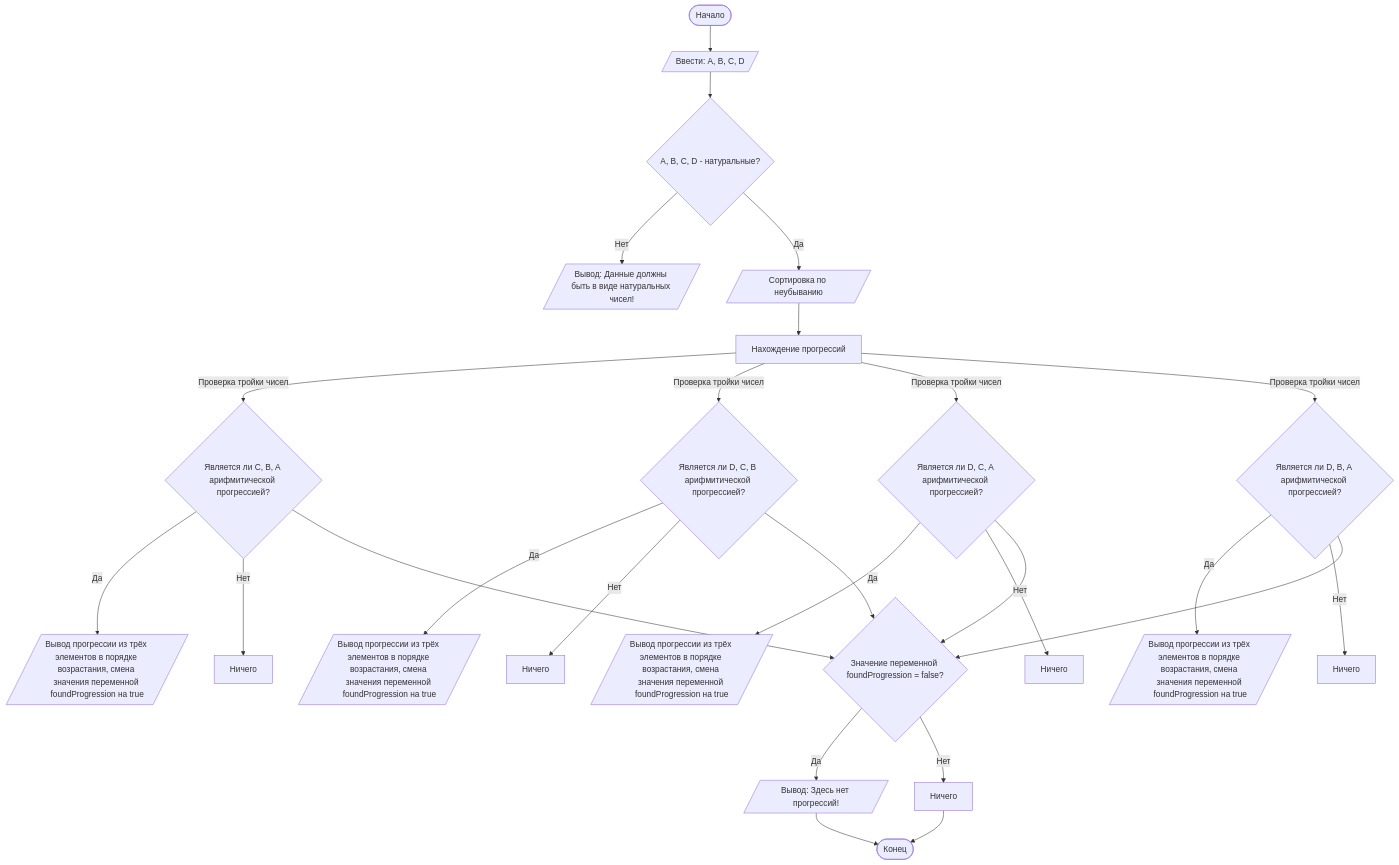
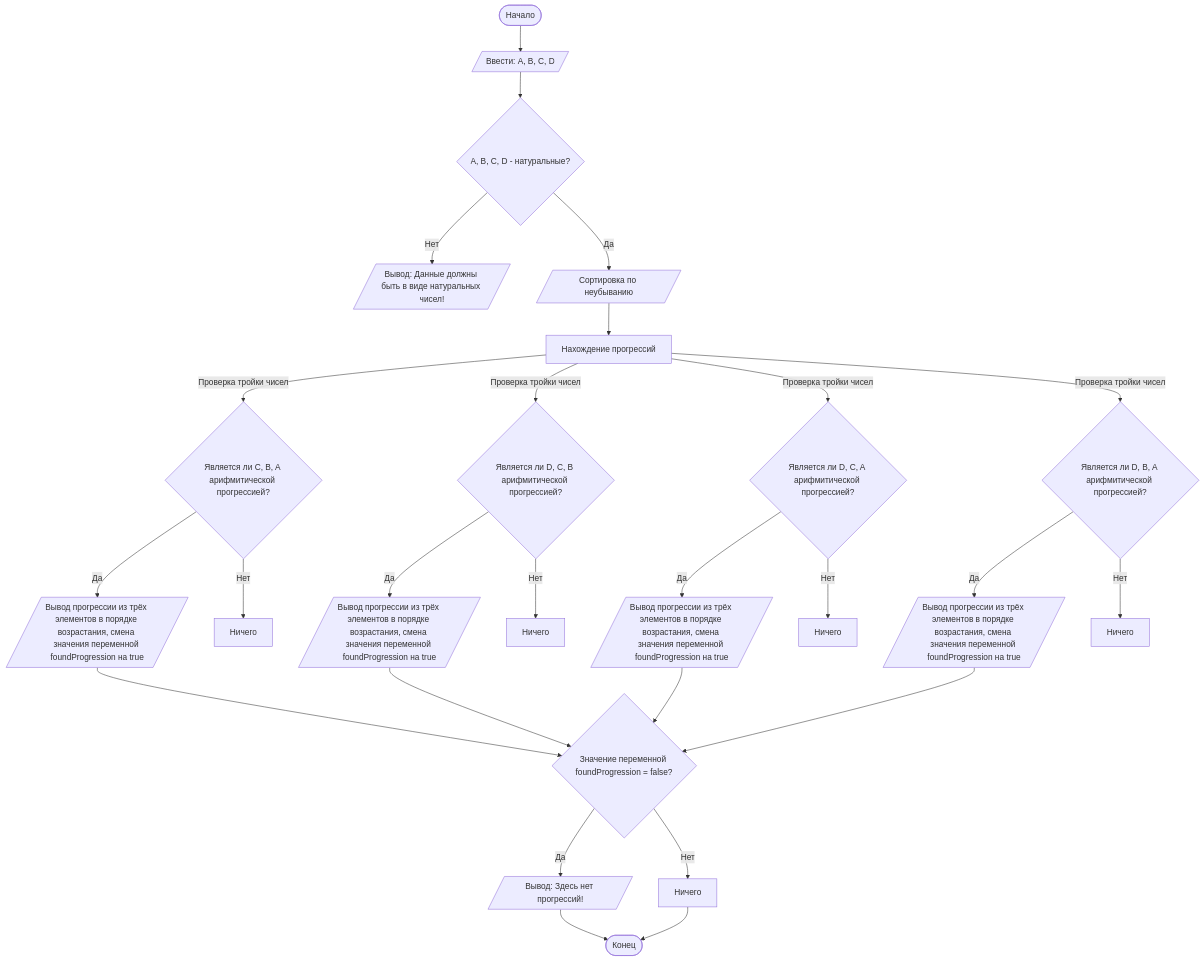
One commit to Matvey-Kh/Lab1 changed the diagram in README.md. Above: the diagram before and after it, drawn with Mermaid.

````diff
--- a/README.md
+++ b/README.md
@@ -97,27 +97,27 @@
 ```mermaid
 graph TD
     A([Начало]) --> B[/Ввести: A, B, C, D/]
     B --> C{A, B, C, D - натуральные?}
     C -- Нет --> D[/Вывод: Данные должны быть в виде натуральных чисел!/]
     C -- Да --> X[/Сортировка по неубыванию/]
     X --> L[Нахождение прогрессий]
     L -- Проверка тройки чисел --> H{Является ли C, B, A арифмитической прогрессией?}
     L -- Проверка тройки чисел --> I{Является ли D, C, B арифмитической прогрессией?}
     L -- Проверка тройки чисел --> J{Является ли D, C, A арифмитической прогрессией?}
     L -- Проверка тройки чисел --> K{Является ли D, B, A арифмитической прогрессией?}
     H -- Да --> M1[/Вывод прогрессии из трёх элементов в порядке возрастания, смена значения переменной foundProgression на true/]
     H -- Нет --> M2[Ничего]
     I -- Да --> M3[/Вывод прогрессии из трёх элементов в порядке возрастания, смена значения переменной foundProgression на true/]
     I -- Нет --> M4[Ничего]
     J -- Да --> M5[/Вывод прогрессии из трёх элементов в порядке возрастания, смена значения переменной foundProgression на true/]
     J -- Нет --> M6[Ничего]
     K -- Да --> M7[/Вывод прогрессии из трёх элементов в порядке возрастания, смена значения переменной foundProgression на true/]
     K -- Нет --> M8[Ничего]
-    H --> N{Значение переменной foundProgression = false?}
-    I --> N{Значение переменной foundProgression = false?}
-    J --> N{Значение переменной foundProgression = false?}
-    K --> N{Значение переменной foundProgression = false?}
+    M1 --> N{Значение переменной foundProgression = false?}
+    M3 --> N{Значение переменной foundProgression = false?}
+    M5 --> N{Значение переменной foundProgression = false?}
+    M7 --> N{Значение переменной foundProgression = false?}
     N -- Да --> O1[/Вывод: Здесь нет прогрессий!/] --> Z([Конец])
     N -- Нет --> O2[Ничего] --> Z([Конец])
 
 ```
````
